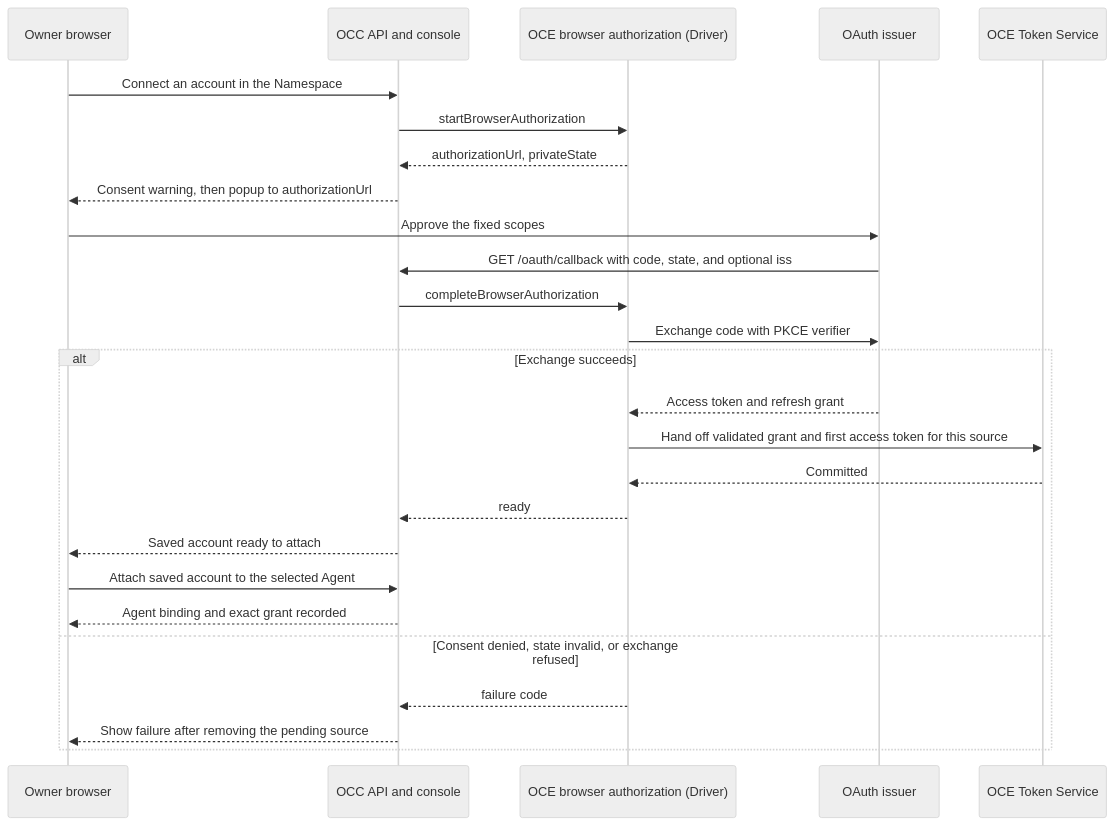
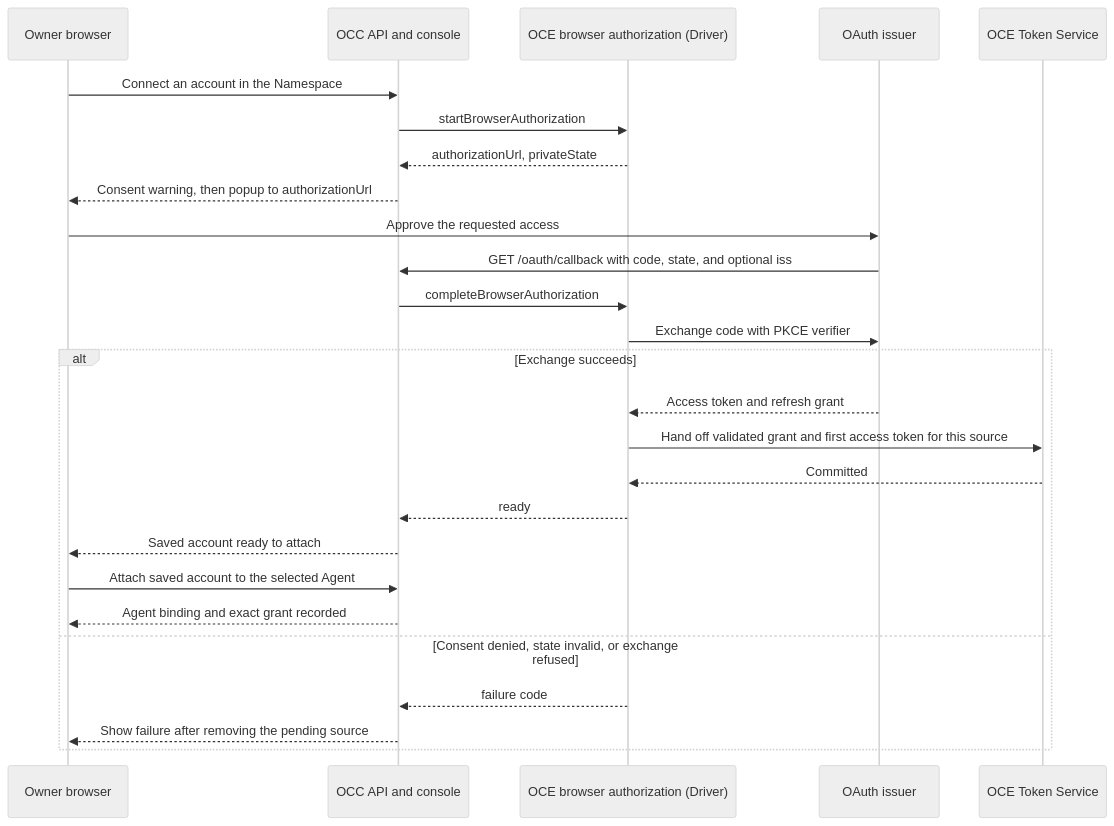
The diagram in specs/rfcs/0027-agent-oauth-connections/index.md (openclaw/openclaw-enterprise), drawn with Mermaid (neutral theme) before and after one commit. The commit also changed other lines of this file and 1 other file, not shown here.

````diff
--- a/specs/rfcs/0027-agent-oauth-connections/index.md
+++ b/specs/rfcs/0027-agent-oauth-connections/index.md
@@ -219,28 +222,28 @@
 ```mermaid
 sequenceDiagram
   participant User as Owner browser
   participant API as OCC API and console
   participant OAuth as OCE browser authorization (Driver)
   participant Issuer as OAuth issuer
   participant Tokens as OCE Token Service
   User->>API: Connect an account in the Namespace
   API->>OAuth: startBrowserAuthorization
   OAuth-->>API: authorizationUrl, privateState
   API-->>User: Consent warning, then popup to authorizationUrl
-  User->>Issuer: Approve the fixed scopes
+  User->>Issuer: Approve the requested access
   Issuer->>API: GET /oauth/callback with code, state, and optional iss
   API->>OAuth: completeBrowserAuthorization
   OAuth->>Issuer: Exchange code with PKCE verifier
   alt Exchange succeeds
     Issuer-->>OAuth: Access token and refresh grant
     OAuth->>Tokens: Hand off validated grant and first access token for this source
     Tokens-->>OAuth: Committed
     OAuth-->>API: ready
     API-->>User: Saved account ready to attach
     User->>API: Attach saved account to the selected Agent
     API-->>User: Agent binding and exact grant recorded
   else Consent denied, state invalid, or exchange refused
     OAuth-->>API: failure code
     API-->>User: Show failure after removing the pending source
   end
 ```
````
